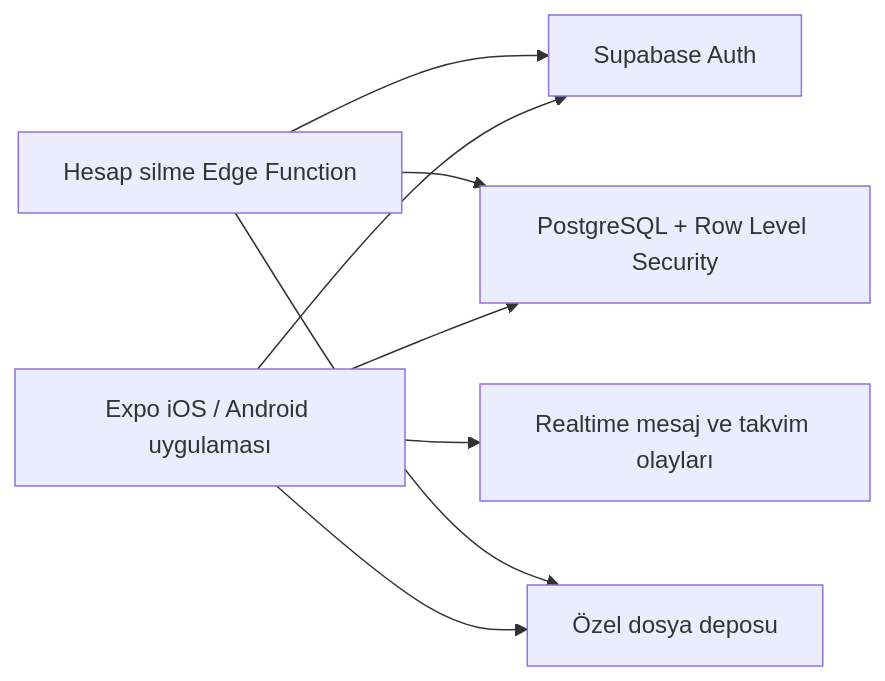
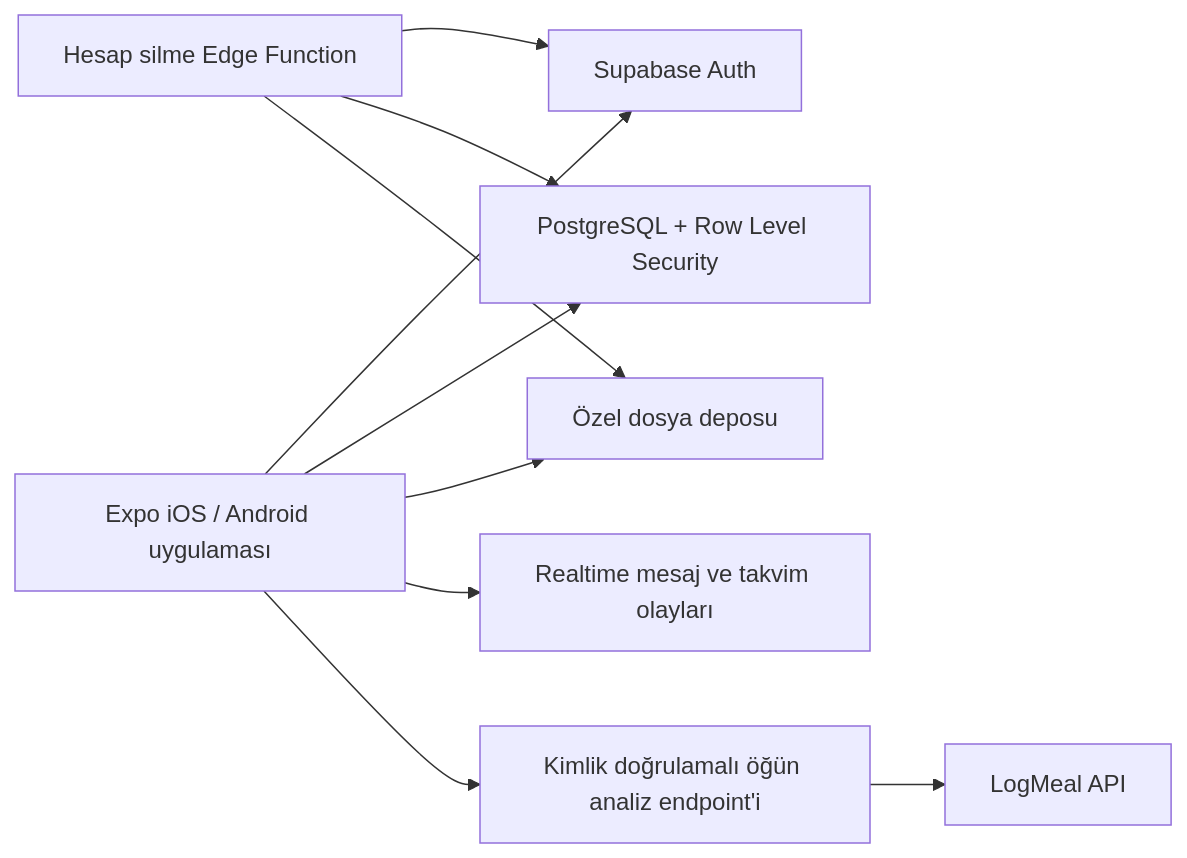
One commit to iskenttr/ca-performance-club changed the diagram in docs/ARCHITECTURE.md. Above: the diagram before and after it, drawn with Mermaid. The commit also changed other lines of this file and 25 other files, not shown here.

````diff
--- a/docs/ARCHITECTURE.md
+++ b/docs/ARCHITECTURE.md
@@ -11,10 +11,12 @@
 ```mermaid
 flowchart LR
   A["Expo iOS / Android uygulaması"] --> B["Supabase Auth"]
   A --> C["PostgreSQL + Row Level Security"]
   A --> D["Özel dosya deposu"]
   A --> E["Realtime mesaj ve takvim olayları"]
+  A --> G["Kimlik doğrulamalı öğün analiz endpoint'i"]
+  G --> H["LogMeal API"]
   F["Hesap silme Edge Function"] --> B
   F --> C
   F --> D
 ```
````
